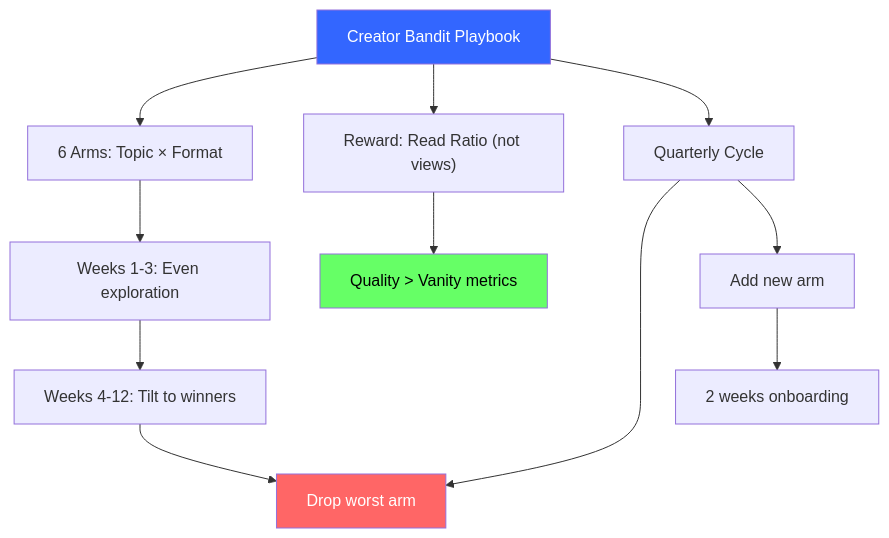
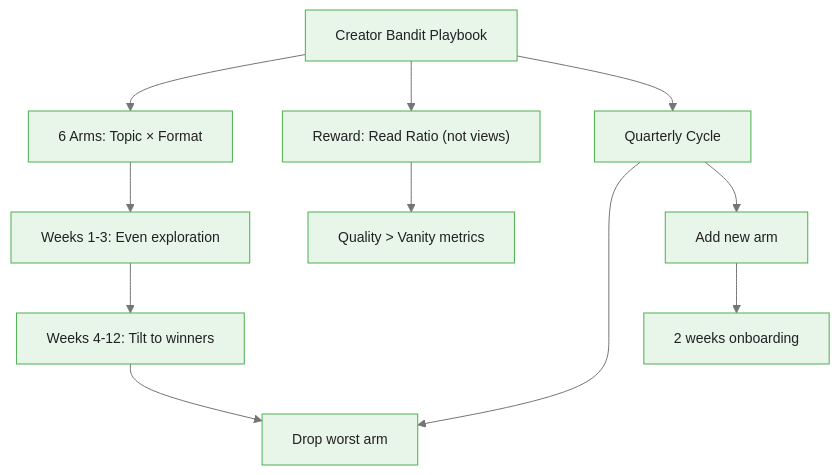
The fourth of 4 diagrams in courses/multi-armed-bandits-ab-testing/modules/module_04_content_growth_optimization/guides/01_creator_bandit_playbook_slides.md (m-deane/course-creator), drawn with Mermaid before and after one commit. The commit also changed other lines of this file and 146 other files, not shown here.

````diff
--- a/courses/multi-armed-bandits-ab-testing/modules/module_04_content_growth_optimization/guides/01_creator_bandit_playbook_slides.md
+++ b/courses/multi-armed-bandits-ab-testing/modules/module_04_content_growth_optimization/guides/01_creator_bandit_playbook_slides.md
@@ -281,19 +318,16 @@
 ```mermaid
+%%{init: {"theme": "base", "themeVariables": {"primaryColor": "#e8f5e9", "primaryBorderColor": "#4caf50", "primaryTextColor": "#212121", "secondaryColor": "#e3f2fd", "tertiaryColor": "#fff8e1", "lineColor": "#757575", "fontFamily": "Inter, sans-serif", "fontSize": "14px"}}}%%
 flowchart TD
     CBP["Creator Bandit Playbook"] --> Arms["6 Arms: Topic × Format"]
     CBP --> Reward["Reward: Read Ratio (not views)"]
     CBP --> Cycle["Quarterly Cycle"]
 
     Arms --> Explore["Weeks 1-3: Even exploration"]
     Reward --> Quality["Quality > Vanity metrics"]
     Cycle --> Retire["Drop worst arm"]
     Cycle --> Introduce["Add new arm"]
 
     Explore --> Exploit["Weeks 4-12: Tilt to winners"]
     Exploit --> Retire
     Introduce --> Explore2["2 weeks onboarding"]
-
-    style CBP fill:#36f,color:#fff
-    style Quality fill:#6f6,color:#000
-    style Retire fill:#f66,color:#fff
 ```
````
